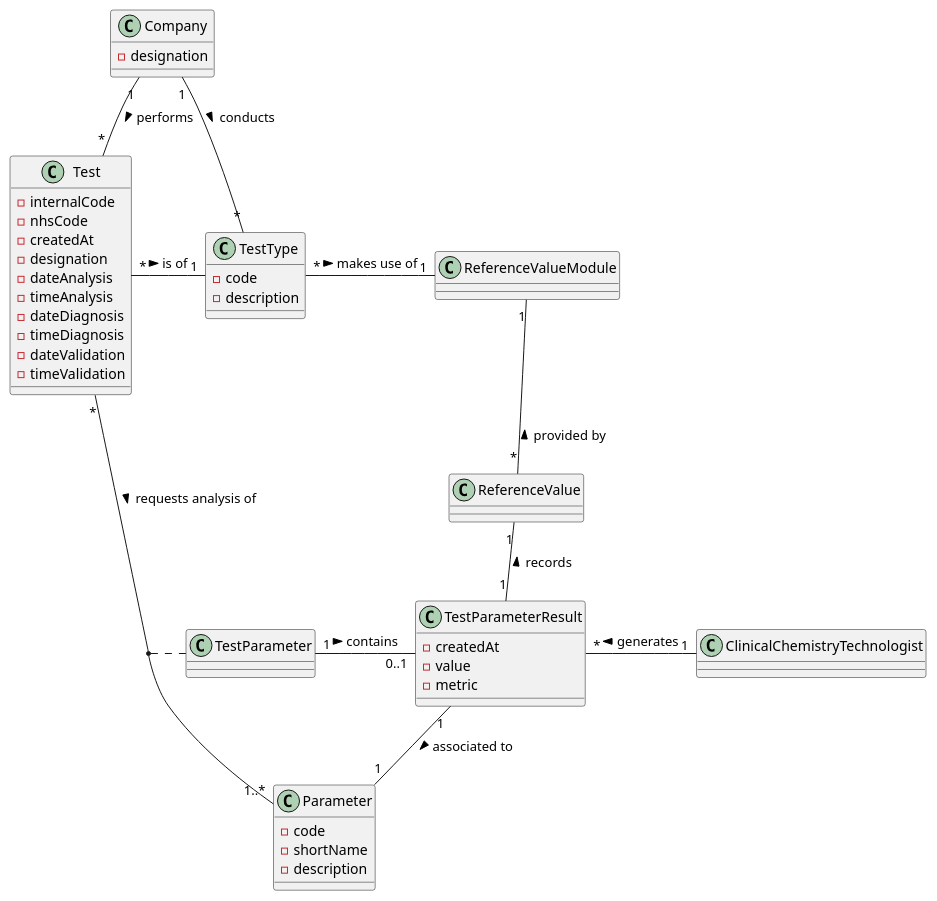
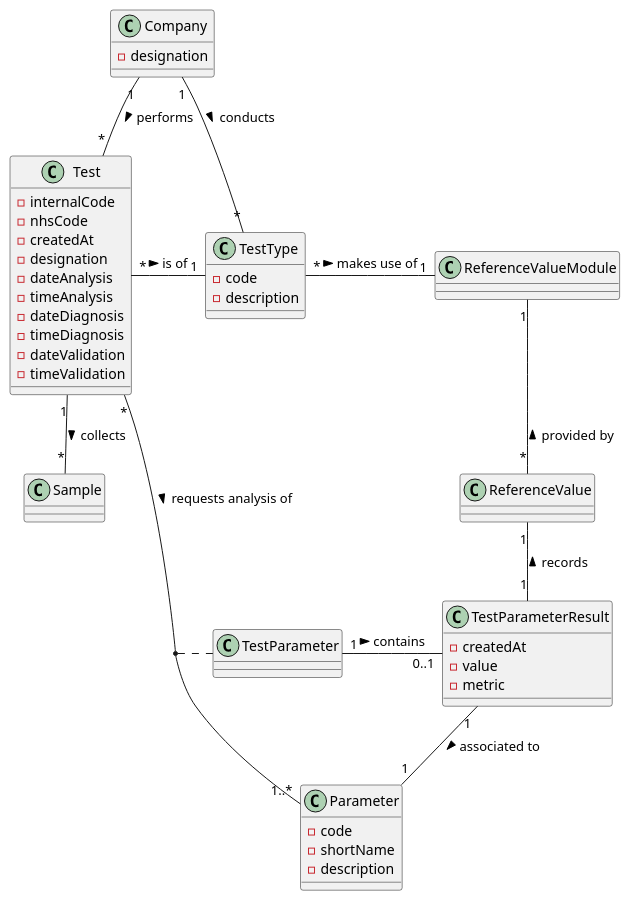
Before and after one commit to MadDinosaur/ISEP-LAPR2: the diagram in docs/SprintC/US12/US12_DM.puml, drawn with PlantUML. The commit also changed 5 other files, not shown here.

Commit message:
Added Class Diagram and Sequence Diagram.

```diff
--- a/docs/SprintC/US12/US12_DM.puml
+++ b/docs/SprintC/US12/US12_DM.puml
@@ -1,45 +1,44 @@
 @startuml
-class ClinicalChemistryTechnologist
 class Company {
 -designation
 }
 class Test {
 -internalCode
 -nhsCode
 -createdAt
 -designation
 -dateAnalysis
 -timeAnalysis
 -dateDiagnosis
 -timeDiagnosis
 -dateValidation
 -timeValidation
 }
 class TestType {
 -code
 -description
 }
 class Parameter {
 -code
 -shortName
 -description
 }
 class TestParameterResult {
 -createdAt
 -value
 -metric
 }
 class ReferenceValueModule
 
 Company "1"-down-"*" TestType : conducts >
 TestType "*"-right-"1" ReferenceValueModule : makes use of >
 TestParameterResult "1"--"1" Parameter : associated to >
 Test "*"--"1..*" Parameter : requests analysis of >
 Test "*"-up-"1" Company : performs <
 Test "*"-right-"1" "TestType" : is of >
 (Test, Parameter) .. TestParameter
 TestParameter "1"-right- "0..1"TestParameterResult : contains >
-TestParameterResult "*"-right-"1" ClinicalChemistryTechnologist : generates <
 ReferenceValue "*"-up-"1" ReferenceValueModule : provided by >
 TestParameterResult "1"-up-"1" ReferenceValue : records >
+Test "1"--"*" Sample : collects >
 @enduml
```
